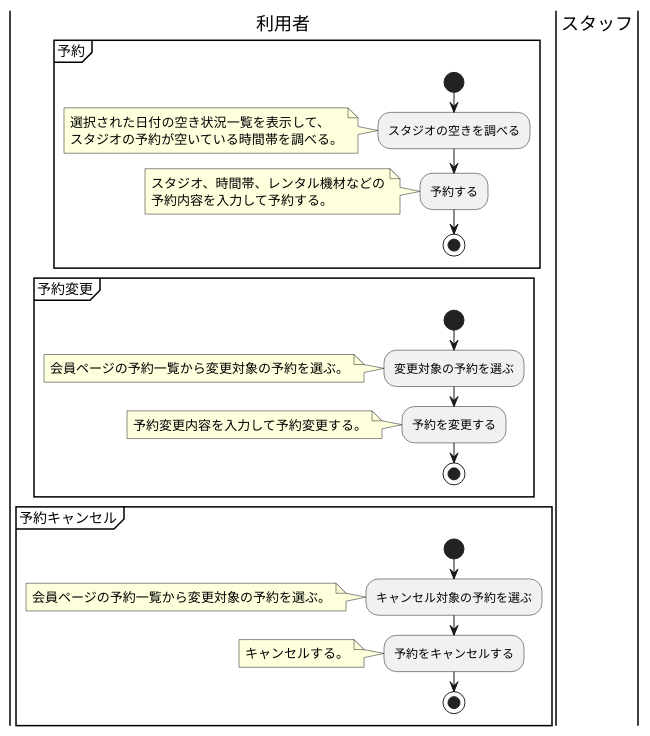
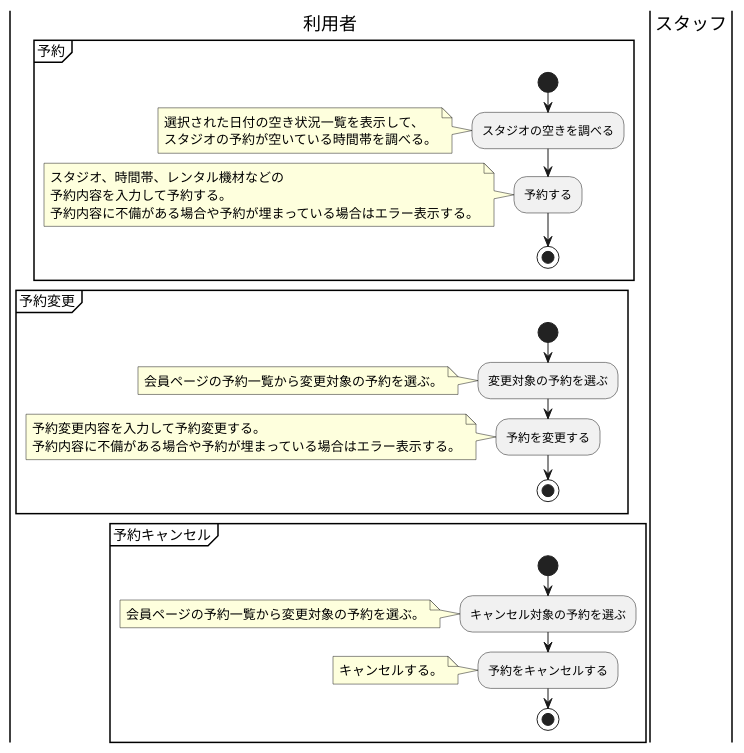
The diagram in modeling/BusinessFlow_WEB予約.pu (TakashiOnawa/ddd-practice-studio-reservation), drawn with PlantUML before and after one commit. The commit also changed 6 other files, not shown here.

```diff
--- a/modeling/BusinessFlow_WEB予約.pu
+++ b/modeling/BusinessFlow_WEB予約.pu
@@ -1,54 +1,56 @@
 @startuml BusinessFlow
 
 |利用者|
 partition 予約 {
     start
     :スタジオの空きを調べる;
     note left
     選択された日付の空き状況一覧を表示して、
     スタジオの予約が空いている時間帯を調べる。
     end note
 
     :予約する;
     note left
     スタジオ、時間帯、レンタル機材などの
     予約内容を入力して予約する。
+    予約内容に不備がある場合や予約が埋まっている場合はエラー表示する。
     end note
     stop
 }
 
 
 |利用者|
 partition 予約変更 {
     start
     :変更対象の予約を選ぶ;
     note left
     会員ページの予約一覧から変更対象の予約を選ぶ。
     end note
 
     :予約を変更する;
     note left
     予約変更内容を入力して予約変更する。
+    予約内容に不備がある場合や予約が埋まっている場合はエラー表示する。
     end note
     stop
 }
 
 
 |利用者|
 partition 予約キャンセル {
     start
     :キャンセル対象の予約を選ぶ;
     note left
     会員ページの予約一覧から変更対象の予約を選ぶ。
     end note
 
     :予約をキャンセルする;
     note left
     キャンセルする。
     end note
     stop
 }
 
 |スタッフ|
 
 @enduml
```
